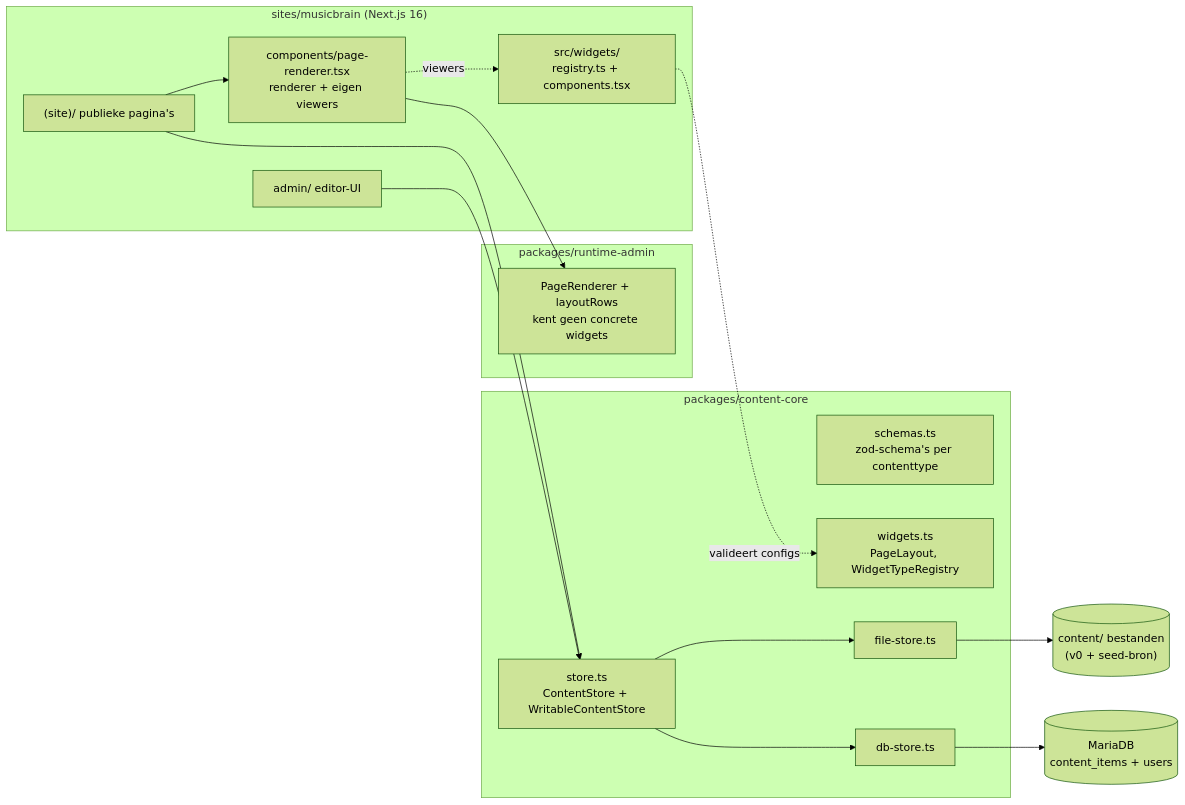
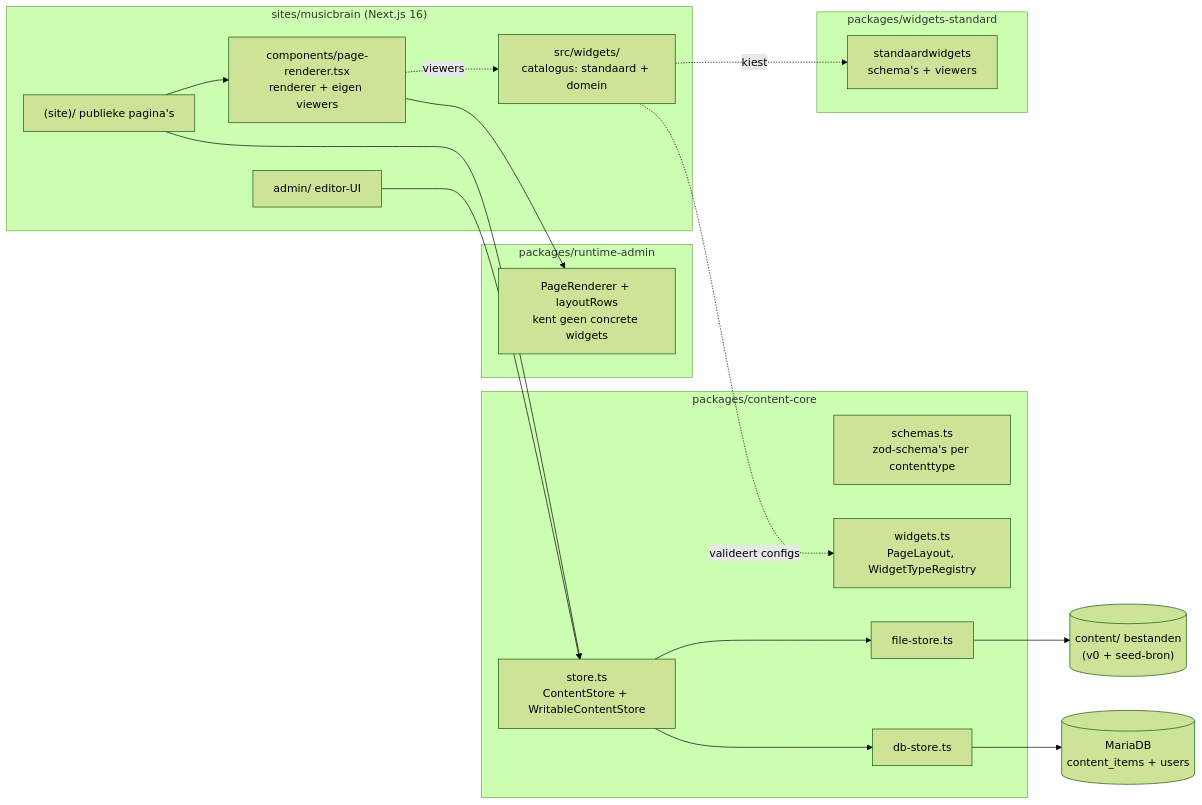
Before and after one commit to MarkWestbroek/imprint-engine: the second of 11 diagrams in docs/architecture.md, drawn with Mermaid (forest theme). The commit also changed other lines of this file and 21 other files, not shown here.

````diff
--- a/docs/architecture.md
+++ b/docs/architecture.md
@@ -168,33 +168,38 @@
 ```mermaid
 flowchart LR
     subgraph core["packages/content-core"]
         SCH["schemas.ts<br/>zod-schema's per contenttype"]
         WID["widgets.ts<br/>PageLayout, WidgetTypeRegistry"]
         ST["store.ts<br/>ContentStore + WritableContentStore"]
         FS["file-store.ts"]
         DBS["db-store.ts"]
     end
 
     subgraph runtime["packages/runtime-admin"]
         REN["PageRenderer + layoutRows<br/>kent geen concrete widgets"]
     end
 
+    subgraph lib["packages/widgets-standard"]
+        STD["standaardwidgets<br/>schema's + viewers"]
+    end
+
     subgraph site["sites/musicbrain (Next.js 16)"]
         PUB["(site)/ publieke pagina's"]
         ADM["admin/ editor-UI"]
-        CAT["src/widgets/<br/>registry.ts + components.tsx"]
+        CAT["src/widgets/<br/>catalogus: standaard + domein"]
         BIND["components/page-renderer.tsx<br/>renderer + eigen viewers"]
     end
 
     FILES[("content/ bestanden<br/>(v0 + seed-bron)")]
     DB[("MariaDB<br/>content_items + users")]
 
     PUB --> ST
     ADM --> ST
     PUB --> BIND
     BIND --> REN
     BIND -. viewers .-> CAT
+    CAT -. kiest .-> STD
     ST --> FS --> FILES
     ST --> DBS --> DB
     CAT -. "valideert configs" .-> WID
 ```
````
